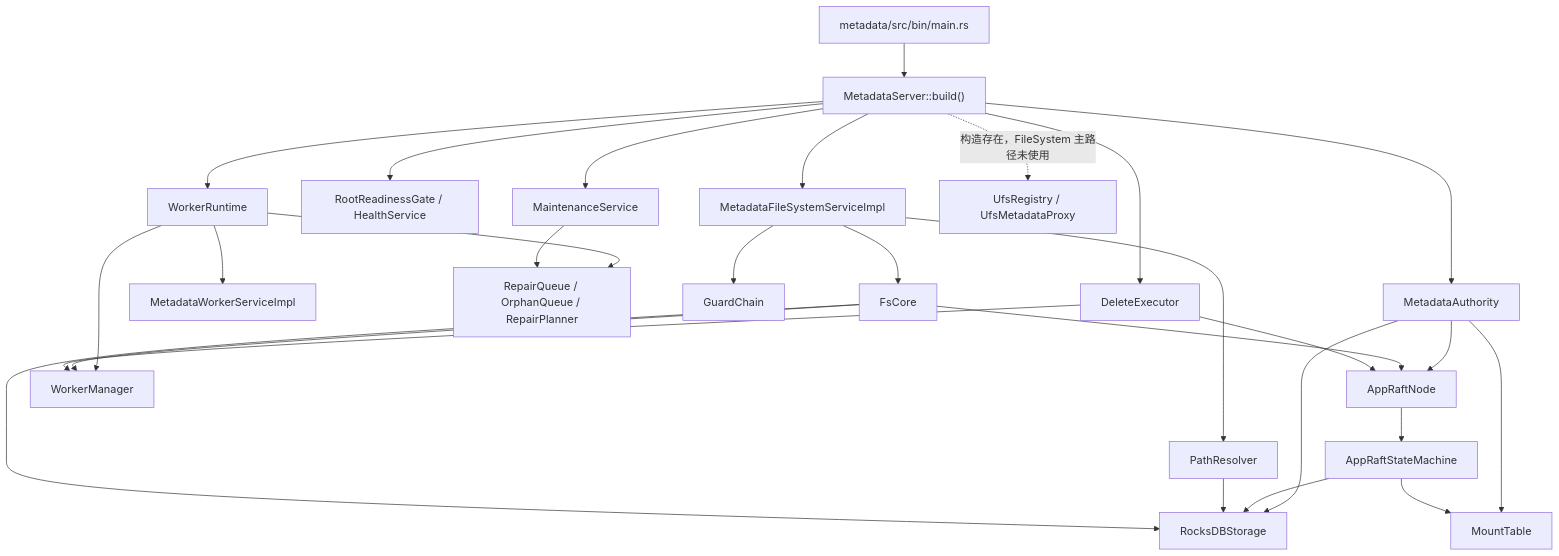
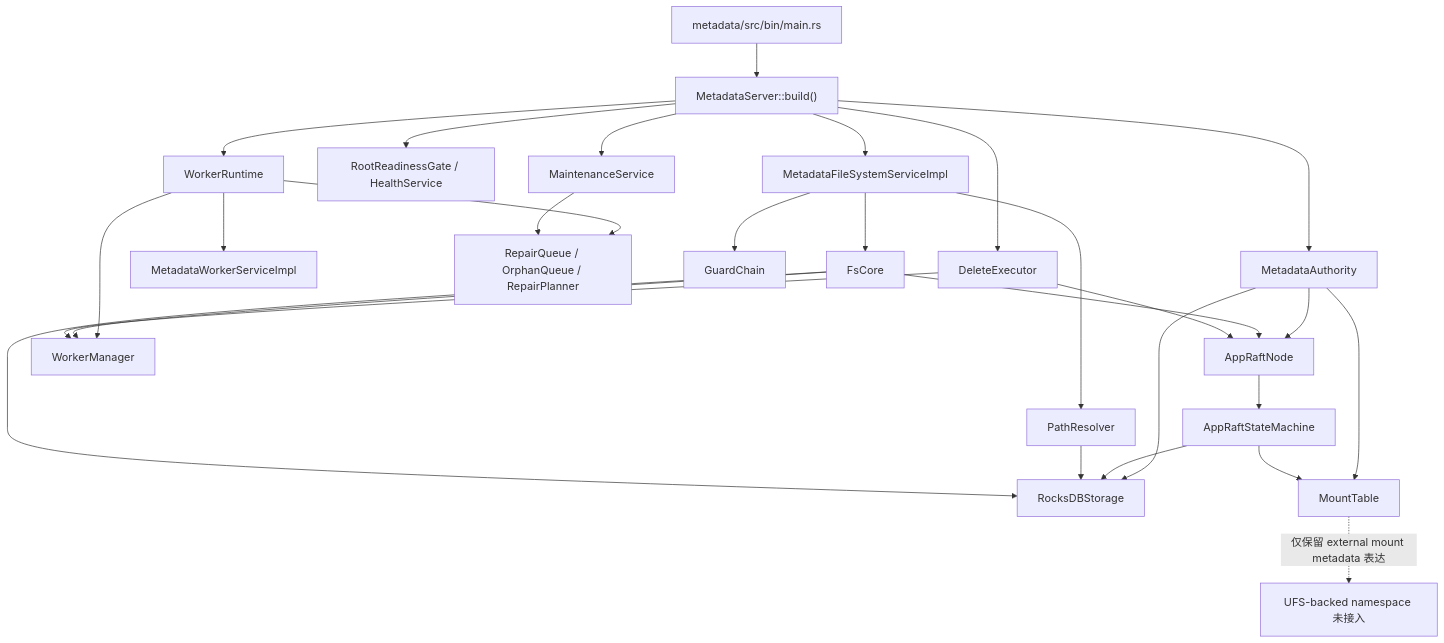
Before and after one commit to zouhuajian/beryl: the diagram in metadata/README_ZH.md, drawn with Mermaid. The commit also changed other lines of this file and 8 other files, not shown here.

Commit message:
metadata: remove xattr legacy and UFS proxy hook

````diff
--- a/metadata/README_ZH.md
+++ b/metadata/README_ZH.md
@@ -28,34 +28,34 @@
 ```mermaid
 flowchart TB
     Main["metadata/src/bin/main.rs"] --> Runtime["MetadataServer::build()"]
     Runtime --> Authority["MetadataAuthority"]
     Authority --> Storage["RocksDBStorage"]
     Authority --> Mount["MountTable"]
     Authority --> Raft["AppRaftNode"]
     Raft --> SM["AppRaftStateMachine"]
     SM --> Storage
     SM --> Mount
 
     Runtime --> WorkerRt["WorkerRuntime"]
     WorkerRt --> WorkerSvc["MetadataWorkerServiceImpl"]
     WorkerRt --> WorkerMgr["WorkerManager"]
     WorkerRt --> Repair["RepairQueue / OrphanQueue / RepairPlanner"]
 
     Runtime --> Ready["RootReadinessGate / HealthService"]
     Runtime --> FS["MetadataFileSystemServiceImpl"]
     FS --> Guard["GuardChain"]
     FS --> Resolver["PathResolver"]
     FS --> Core["FsCore"]
     Resolver --> Storage
     Core --> Raft
     Core --> Storage
     Core --> WorkerMgr
 
     Runtime --> Maint["MaintenanceService"]
     Runtime --> DeleteExec["DeleteExecutor"]
     Maint --> Repair
     DeleteExec --> WorkerMgr
     DeleteExec --> Raft
 
-    Runtime -. "构造存在，FileSystem 主路径未使用" .-> UFS["UfsRegistry / UfsMetadataProxy"]
+    Mount -. "仅保留 external mount metadata 表达" .-> UFS["UFS-backed namespace 未接入"]
 ```
````
